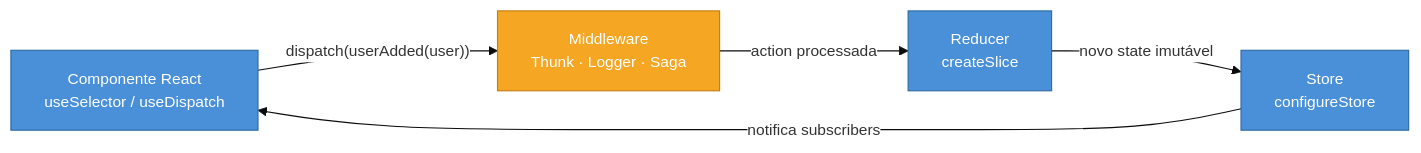
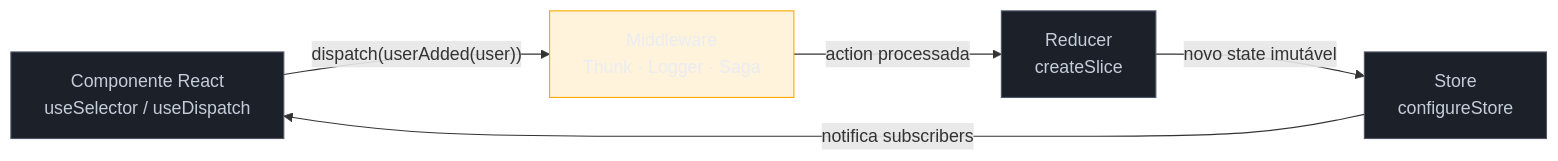
Before and after one commit to josenaldo/codex-technomanticus: the diagram in 03-Dominios/Tecnologia/React/Ecossistema/08 - Redux Toolkit - e quando ainda faz sentido.md, drawn with Mermaid. The commit also changed 1181 other files, not shown here.

First line of the commit message:
fix(diagramas): paleta do sistema no lugar de cor cravada no markdown

````diff
--- a/03-Dominios/Tecnologia/React/Ecossistema/08 - Redux Toolkit - e quando ainda faz sentido.md
+++ b/03-Dominios/Tecnologia/React/Ecossistema/08 - Redux Toolkit - e quando ainda faz sentido.md
@@ -191,18 +191,19 @@
 ```mermaid
-%%{init: {"theme": "base", "themeVariables": {"primaryColor": "#4A90D9", "edgeLabelBackground": "#ffffff", "fontSize": "14px"}}}%%
 graph LR
+    classDef neutro fill:#1B2029,stroke:#4E5666,color:#C6CCD8
+    classDef destaque fill:#FFAA0024,stroke:#FFAA00,color:#E9ECF2
     UI["Componente React\nuseSelector / useDispatch"]
     MW["Middleware\nThunk · Logger · Saga"]
     R["Reducer\ncreateSlice"]
     S["Store\nconfigureStore"]
 
     UI -->|"dispatch(userAdded(user))"| MW
     MW -->|"action processada"| R
     R -->|"novo state imutável"| S
     S -->|"notifica subscribers"| UI
 
-    style UI fill:#4A90D9,color:#fff,stroke:#2d6aa0
-    style MW fill:#F5A623,color:#fff,stroke:#c47d0e
-    style R fill:#4A90D9,color:#fff,stroke:#2d6aa0
-    style S fill:#4A90D9,color:#fff,stroke:#2d6aa0
+    class UI neutro
+    class MW destaque
+    class R neutro
+    class S neutro
 ```
````
